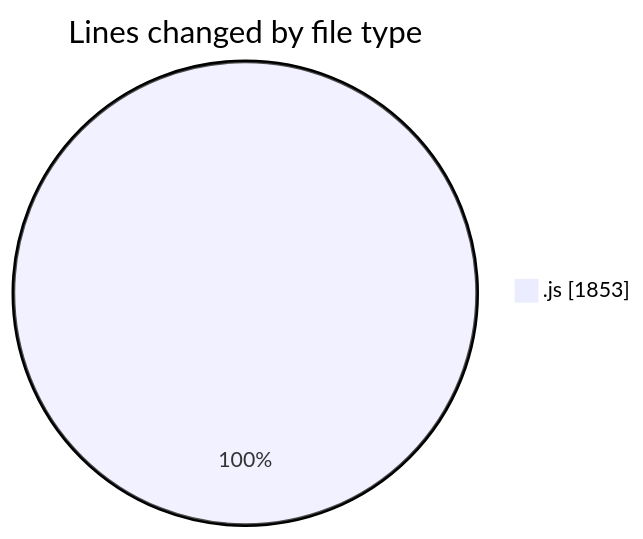
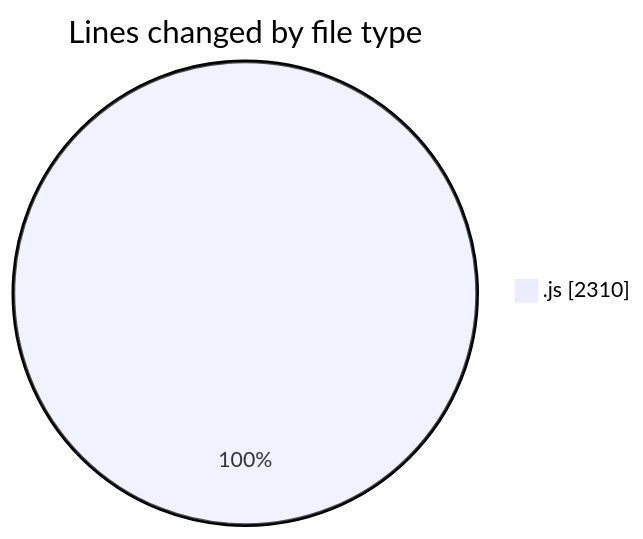
Before and after one commit to Ritupan-Deka/code-tracking: the first of 2 diagrams in 2025-07-28/javascript/README.md, drawn with Mermaid. The commit also changed other lines of this file and 1 other file, not shown here.

````diff
--- a/2025-07-28/javascript/README.md
+++ b/2025-07-28/javascript/README.md
@@ -20,5 +20,5 @@
 ```mermaid
 pie showData
 title Lines changed by file type
-".js" : 1853
+".js" : 2310
 ```
````
